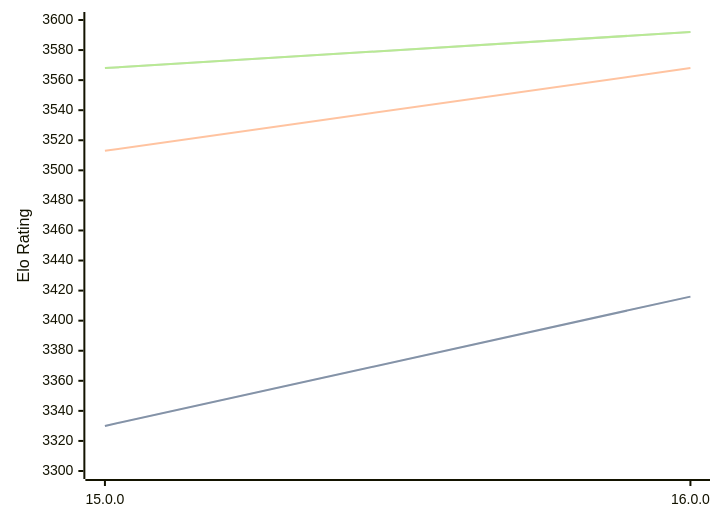
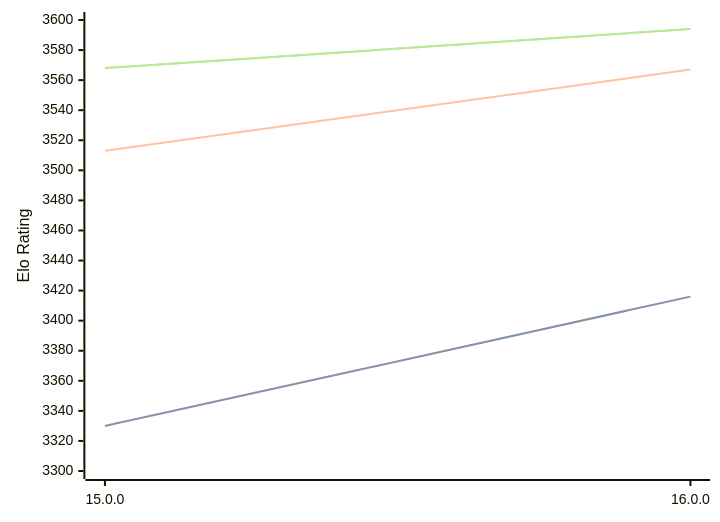
One commit to computer-chess-index/cci changed the diagram in engines/Halogen.md. Above: the diagram before and after it, drawn with Mermaid. The commit also changed other lines of this file, not shown here.

Commit message:
Update CCI Ratings (ELO VLTC) - 2026-03-02

````diff
--- a/engines/Halogen.md
+++ b/engines/Halogen.md
@@ -48,11 +48,11 @@
 ```mermaid
 %%{init: {"theme":"base","themeVariables":{"seriesColors:['#a3a3a3','#222221','#faa371']}}}%%
 xychart-beta
   x-axis ["15.0.0", "16.0.0"]
   y-axis "Elo Rating" 3300 --> 3600
   line "STC (8.0+0.08s)" [3330, 3416]
   line "STC (8.0+0.08s)" [3330, 3416]
-  line "LTC (60.0+0.60s)" [3513, 3568]
-  line "VLTC (2m24s+1.12s)" [3568, 3592]
-  line "VLTC (2m24s+1.12s)" [3568, 3592]
+  line "LTC (60.0+0.60s)" [3513, 3567]
+  line "VLTC (2m24s+1.12s)" [3568, 3594]
+  line "VLTC (2m24s+1.12s)" [3568, 3594]
 ```
````
